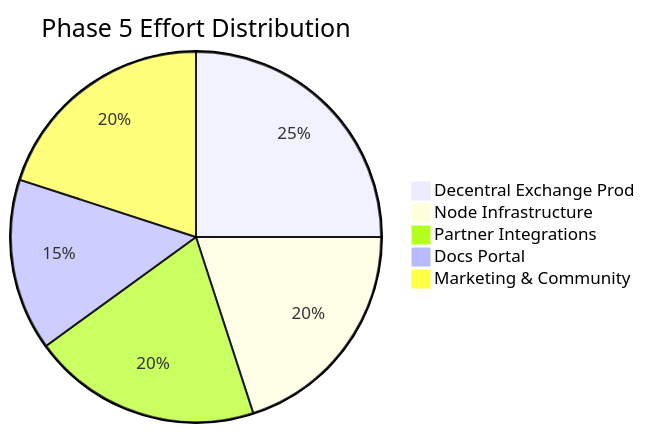
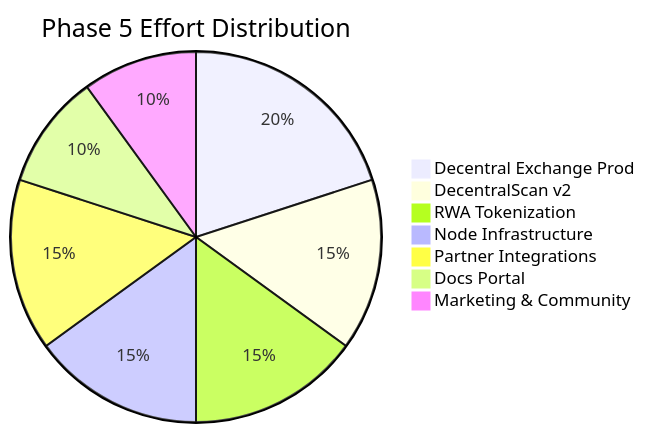
Diagram 11 of 11 in ROADMAP.md (33imattei33/roadmap-project), drawn with Mermaid before and after one commit. The commit also changed other lines of this file, not shown here.

First line of the commit message:
Update roadmap: 12 projects are 90% complete and on mainnet

````diff
--- a/ROADMAP.md
+++ b/ROADMAP.md
@@ -423,8 +434,10 @@
 ```mermaid
 pie title Phase 5 Effort Distribution
-    "Decentral Exchange Prod" : 25
-    "Node Infrastructure" : 20
-    "Partner Integrations" : 20
-    "Docs Portal" : 15
-    "Marketing & Community" : 20
+    "Decentral Exchange Prod" : 20
+    "DecentralScan v2" : 15
+    "RWA Tokenization" : 15
+    "Node Infrastructure" : 15
+    "Partner Integrations" : 15
+    "Docs Portal" : 10
+    "Marketing & Community" : 10
 ```
````
